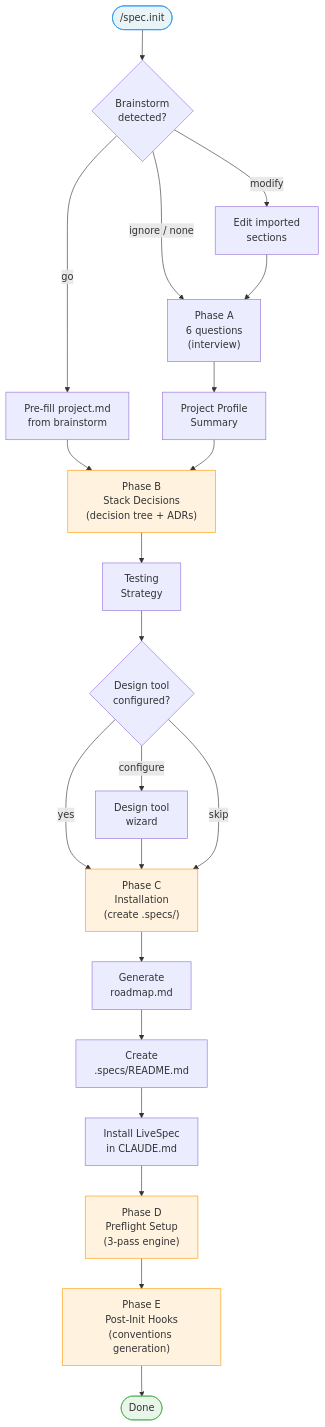
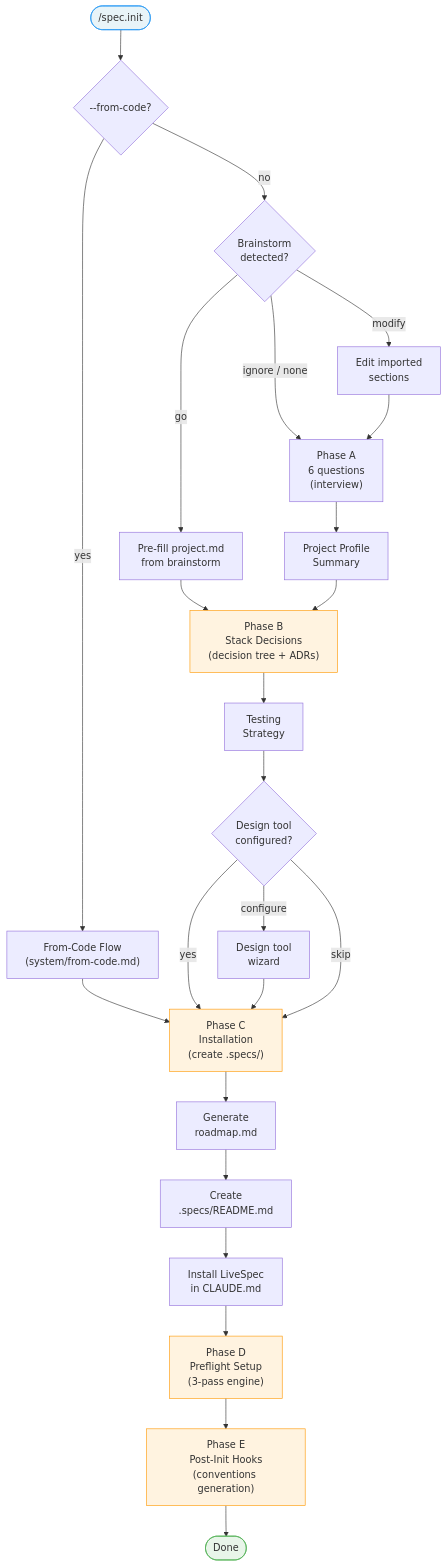
The first of 3 diagrams in commands/init.md (julien-m/livespec), drawn with Mermaid before and after one commit. The commit also changed other lines of this file and 5 other files, not shown here.

First line of the commit message:
feat(livespec): add spec.init --from-code for reverse-engineering existing codebases

````diff
--- a/commands/init.md
+++ b/commands/init.md
@@ -20,30 +22,35 @@
 ```mermaid
 flowchart TD
-    START(["/spec.init"]) --> PRE{"Brainstorm\ndetected?"}
+    START(["/spec.init"]) --> FC{"--from-code?"}
+    FC -->|yes| FROM["From-Code Flow\n(system/from-code.md)"]
+    FC -->|no| PRE{"Brainstorm\ndetected?"}
+
+    FROM --> C
+
     PRE -->|"go"| SKIP["Pre-fill project.md\nfrom brainstorm"]
     PRE -->|"ignore / none"| Q["Phase A\n6 questions\n(interview)"]
     PRE -->|"modify"| EDIT["Edit imported\nsections"] --> Q
 
     SKIP --> B
     Q --> PROFILE["Project Profile\nSummary"] --> B
 
     B["Phase B\nStack Decisions\n(decision tree + ADRs)"] --> TEST["Testing\nStrategy"]
     TEST --> DESIGN{"Design tool\nconfigured?"}
     DESIGN -->|"yes"| C
     DESIGN -->|"configure"| WIZARD["Design tool\nwizard"] --> C
     DESIGN -->|"skip"| C
 
     C["Phase C\nInstallation\n(create .specs/)"] --> ROAD["Generate\nroadmap.md"]
     ROAD --> README["Create\n.specs/README.md"]
     README --> CLAUDE["Install LiveSpec\nin CLAUDE.md"]
     CLAUDE --> D["Phase D\nPreflight Setup\n(3-pass engine)"]
     D --> E["Phase E\nPost-Init Hooks\n(conventions generation)"]
     E --> DONE(["Done"])
 
     style START fill:#e8f4f8,stroke:#2196F3
     style DONE fill:#e8f5e9,stroke:#4CAF50
     style B fill:#fff3e0,stroke:#FF9800
     style C fill:#fff3e0,stroke:#FF9800
     style D fill:#fff3e0,stroke:#FF9800
     style E fill:#fff3e0,stroke:#FF9800
 ```
````
